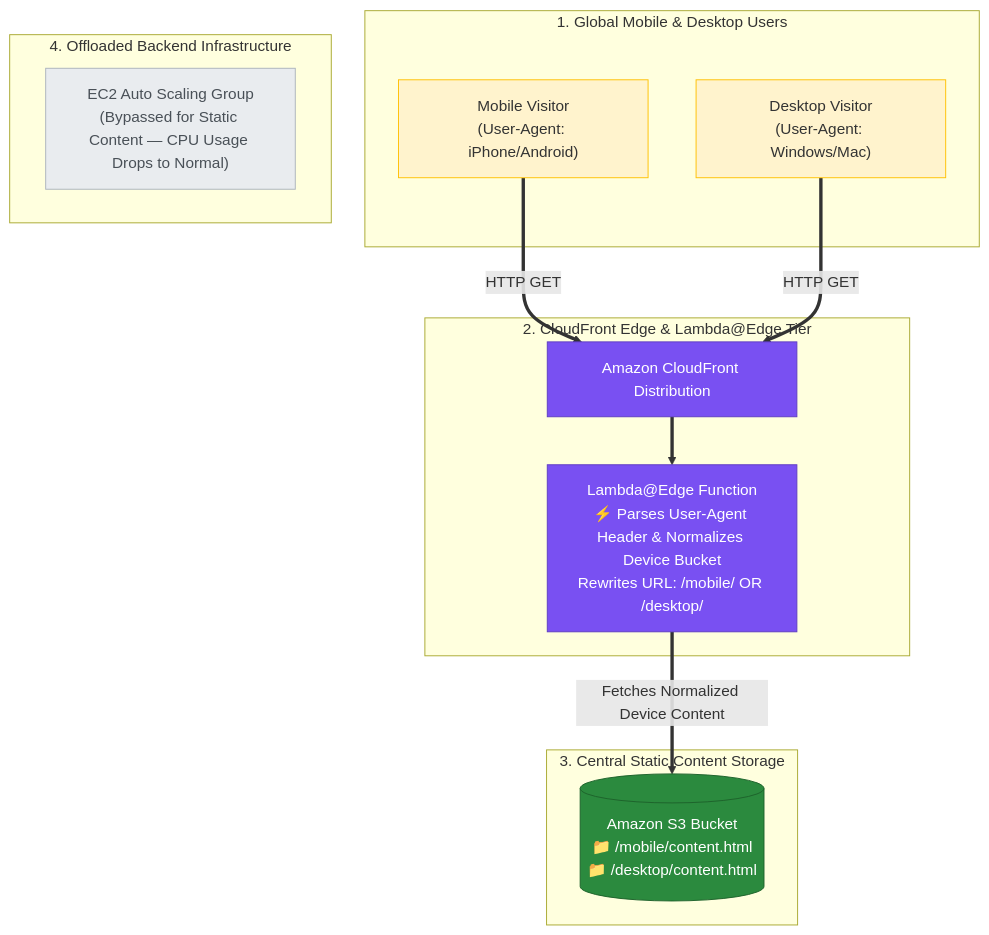
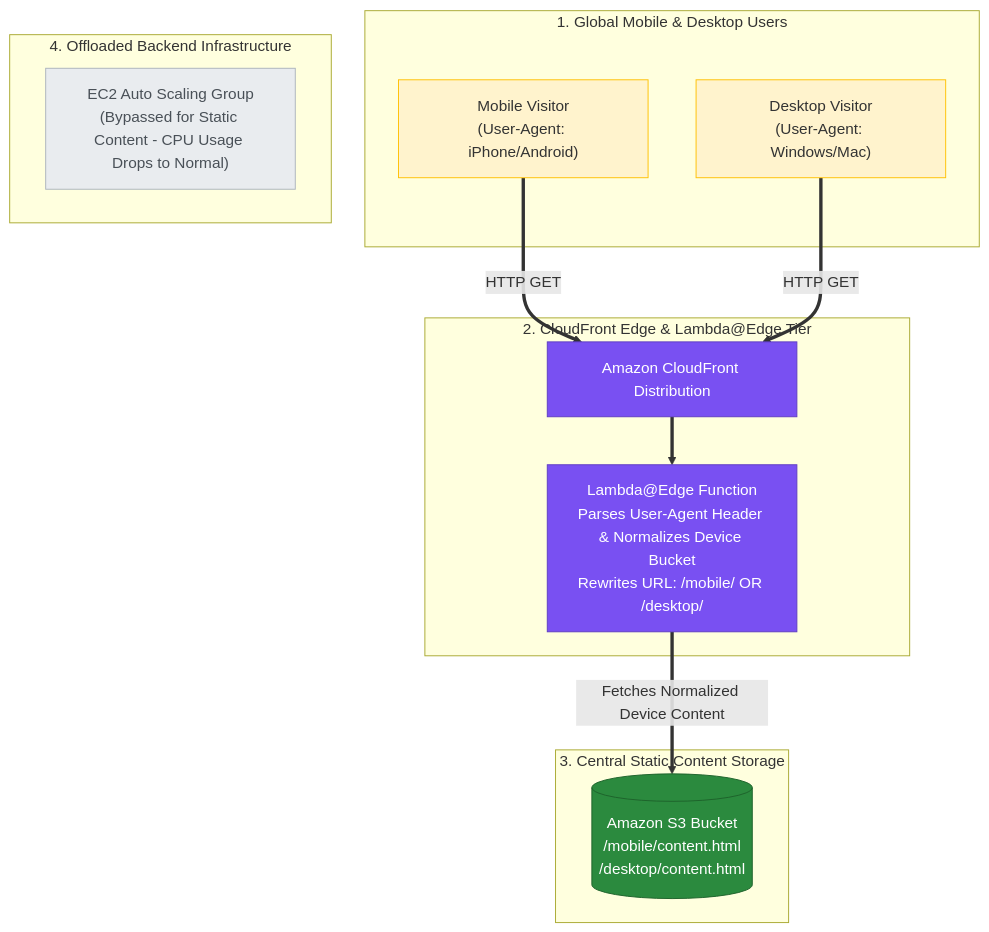
The ninth of 20 diagrams in Professional/3.3 Global service offerings (for example, AWS Global Accelerator, Amazon CloudFront, edge computing services).md (ReginRavi/AIP-C01), drawn with Mermaid before and after one commit. The commit also changed other lines of this file and 1 other file, not shown here.

Commit message:
Fix mermaid diagram syntax in Global service offerings and High-performing systems architectures notes

````diff
--- a/Professional/3.3 Global service offerings (for example, AWS Global Accelerator, Amazon CloudFront, edge computing services).md
+++ b/Professional/3.3 Global service offerings (for example, AWS Global Accelerator, Amazon CloudFront, edge computing services).md
@@ -432,35 +451,35 @@
 ```mermaid
 flowchart TD
     subgraph Viewers ["1. Global Mobile & Desktop Users"]
         Mobile["Mobile Visitor<br/>(User-Agent: iPhone/Android)"]
         Desktop["Desktop Visitor<br/>(User-Agent: Windows/Mac)"]
     end
 
     subgraph EdgeTier ["2. CloudFront Edge & Lambda@Edge Tier"]
         CF_Dist["Amazon CloudFront Distribution"]
-        LambdaEdge["Lambda@Edge Function<br/>⚡ Parses User-Agent Header & Normalizes Device Bucket<br/>Rewrites URL: /mobile/ OR /desktop/"]
-
-        CF_Dist ==> LambdaEdge
+        LambdaEdge["Lambda@Edge Function<br/>Parses User-Agent Header & Normalizes Device Bucket<br/>Rewrites URL: /mobile/ OR /desktop/"]
     end
 
     subgraph StorageTier ["3. Central Static Content Storage"]
-        S3Bucket[("Amazon S3 Bucket<br/>📁 /mobile/content.html<br/>📁 /desktop/content.html")]
-        LambdaEdge ==>|"Fetches Normalized Device Content"| S3Bucket
+        S3Bucket[("Amazon S3 Bucket<br/>/mobile/content.html<br/>/desktop/content.html")]
     end
 
     subgraph OffloadedEC2 ["4. Offloaded Backend Infrastructure"]
-        EC2_ASG["EC2 Auto Scaling Group<br/>(Bypassed for Static Content — CPU Usage Drops to Normal)"]
+        EC2_ASG["EC2 Auto Scaling Group<br/>(Bypassed for Static Content - CPU Usage Drops to Normal)"]
     end
 
-    Mobile & Desktop ==>|"HTTP GET"| CF_Dist
+    Mobile ==>|"HTTP GET"| CF_Dist
+    Desktop ==>|"HTTP GET"| CF_Dist
+    CF_Dist ==> LambdaEdge
+    LambdaEdge ==>|"Fetches Normalized Device Content"| S3Bucket
 
     classDef viewer fill:#fff3cd,stroke:#ffc107,stroke-width:1px;
     classDef edge fill:#7950f2,stroke:#5f3dc4,color:#ffffff;
     classDef storage fill:#2b8a3e,stroke:#1e632b,color:#ffffff;
     classDef bypassed fill:#e9ecef,stroke:#adb5bd,color:#495057;
 
     class Mobile,Desktop viewer;
     class CF_Dist,LambdaEdge edge;
     class S3Bucket storage;
     class EC2_ASG bypassed;
 ```
````
